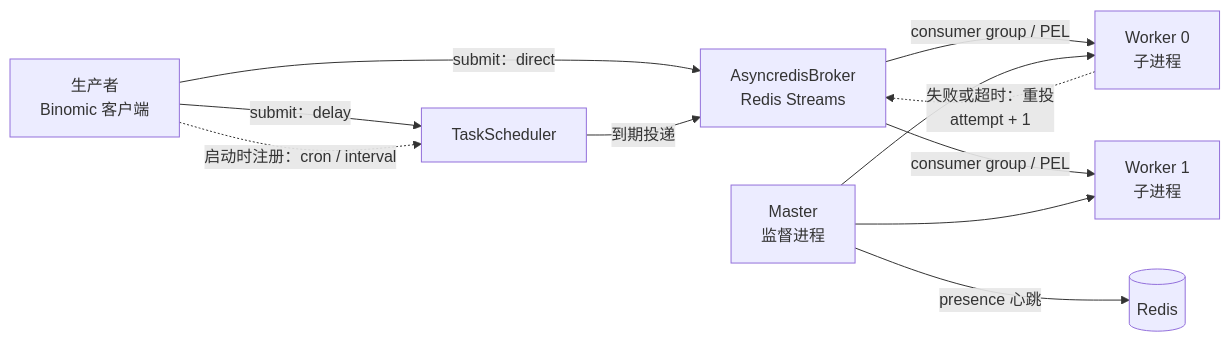
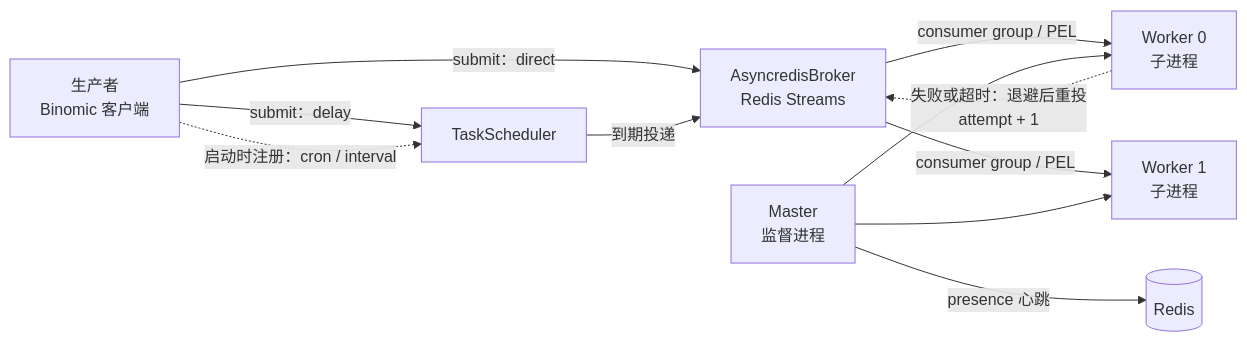
The diagram in README.md (Ahsen17/binomic), drawn with Mermaid before and after one commit. The commit also changed other lines of this file and 11 other files, not shown here.

````diff
--- a/README.md
+++ b/README.md
@@ -135,13 +135,13 @@
 ```mermaid
 flowchart LR
     P[生产者<br>Binomic 客户端] -->|submit：direct| B[AsyncredisBroker<br>Redis Streams]
     P -->|submit：delay| S[TaskScheduler]
     P -.->|启动时注册：cron / interval| S
     S -->|到期投递| B
     B -->|consumer group / PEL| W1[Worker 0<br>子进程]
     B -->|consumer group / PEL| W2[Worker 1<br>子进程]
-    W1 -.->|失败或超时：重投<br>attempt + 1| B
+    W1 -.->|失败或超时：退避后重投<br>attempt + 1| B
     M[Master<br>监督进程] --> W1
     M --> W2
     M -->|presence 心跳| R[(Redis)]
 ```
````
